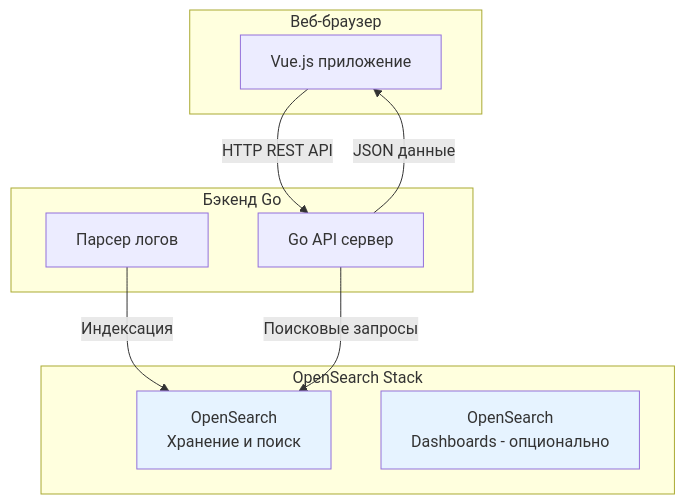
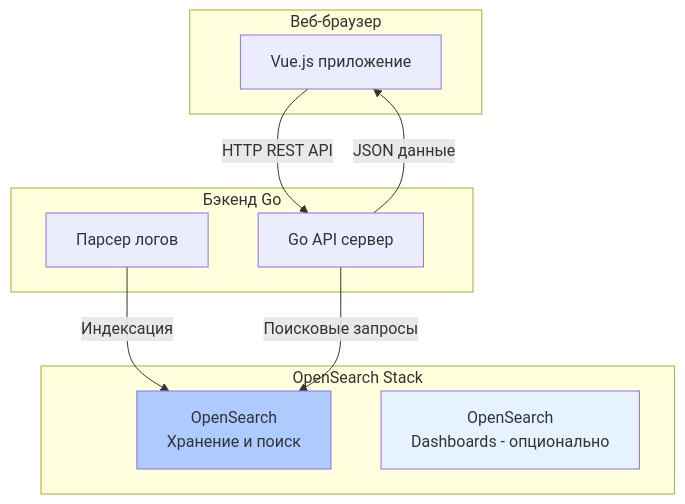
The third of 3 diagrams in docs/schemes.md (Juloadexe/hackathon-regsos), drawn with Mermaid before and after one commit.

````diff
--- a/docs/schemes.md
+++ b/docs/schemes.md
@@ -42,24 +42,24 @@
 ```mermaid
 graph TB
     subgraph WebBrowser [Веб-браузер]
         UI[Vue.js приложение]
     end
     
     subgraph BackendServer [Бэкенд Go]
         API[Go API сервер]
         PARSER[Парсер логов]
     end
     
     subgraph OpenSearchStack [OpenSearch Stack]
         OS[OpenSearch<br/>Хранение и поиск]
         DASH[OpenSearch<br/>Dashboards - опционально]
     end
     
     UI -- "HTTP REST API" --> API
     API -- "JSON данные" --> UI
     PARSER -- "Индексация" --> OS
     API -- "Поисковые запросы" --> OS
     
-    style OS fill:#e6f3ff
+    style OS fill:#aecbff
     style DASH fill:#e6f3ff
 ```
````
